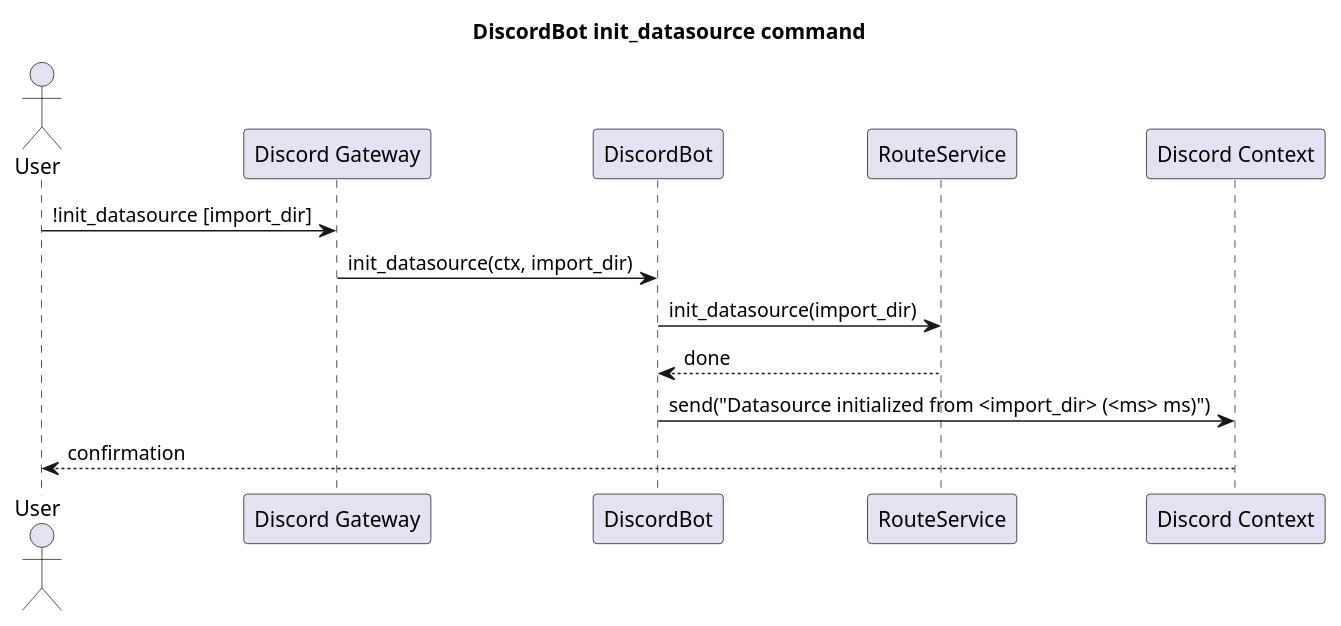
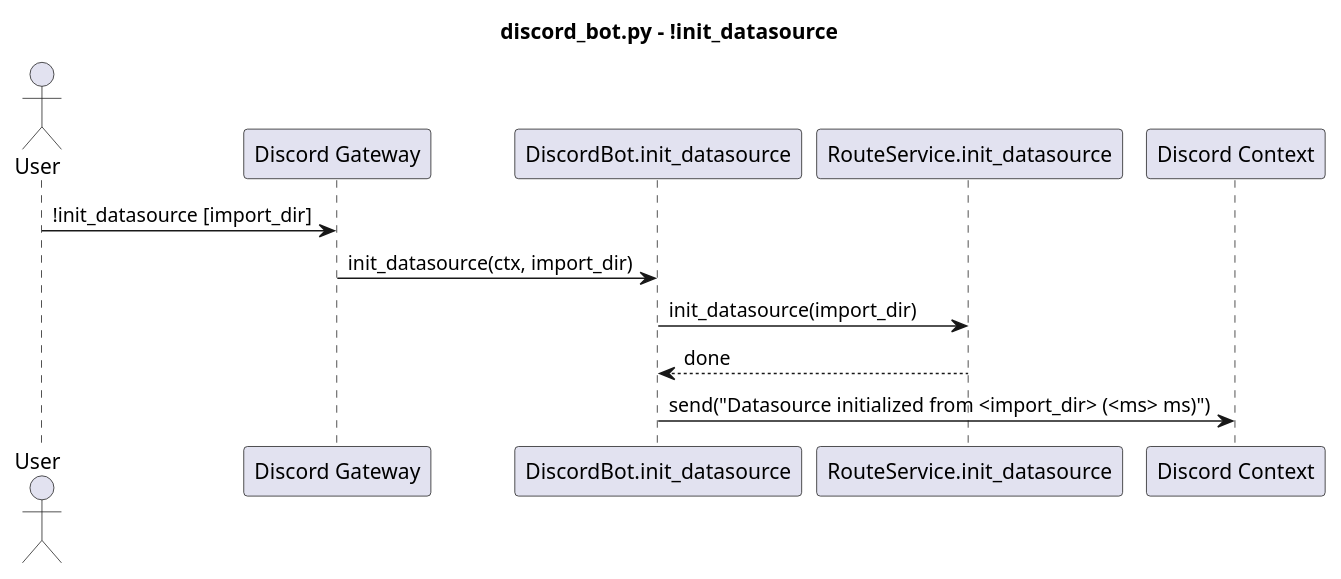
One commit to fazleskhan/elite_dangerous_discord_tools changed the sixth of 7 diagrams in docs/discord_bot_sequences.puml. Above: the diagram before and after it, drawn with PlantUML. The commit also changed other lines of this file and 23 other files, not shown here.

Commit message:
updated README.md and diagrams

```diff
--- a/docs/discord_bot_sequences.puml
+++ b/docs/discord_bot_sequences.puml
@@ -109,15 +103,15 @@
 @startuml discord_bot_init_datasource
-title DiscordBot init_datasource command
+title discord_bot.py - !init_datasource
+
 actor User
-participant "Discord Gateway" as Discord
-participant "DiscordBot" as Bot
-participant "RouteService" as Route
+participant "Discord Gateway" as Gateway
+participant "DiscordBot.init_datasource" as Bot
+participant "RouteService.init_datasource" as Route
 participant "Discord Context" as Ctx
 
-User -> Discord : !init_datasource [import_dir]
-Discord -> Bot : init_datasource(ctx, import_dir)
+User -> Gateway : !init_datasource [import_dir]
+Gateway -> Bot : init_datasource(ctx, import_dir)
 Bot -> Route : init_datasource(import_dir)
 Route --> Bot : done
 Bot -> Ctx : send("Datasource initialized from <import_dir> (<ms> ms)")
-Ctx --> User : confirmation
 @enduml
```
